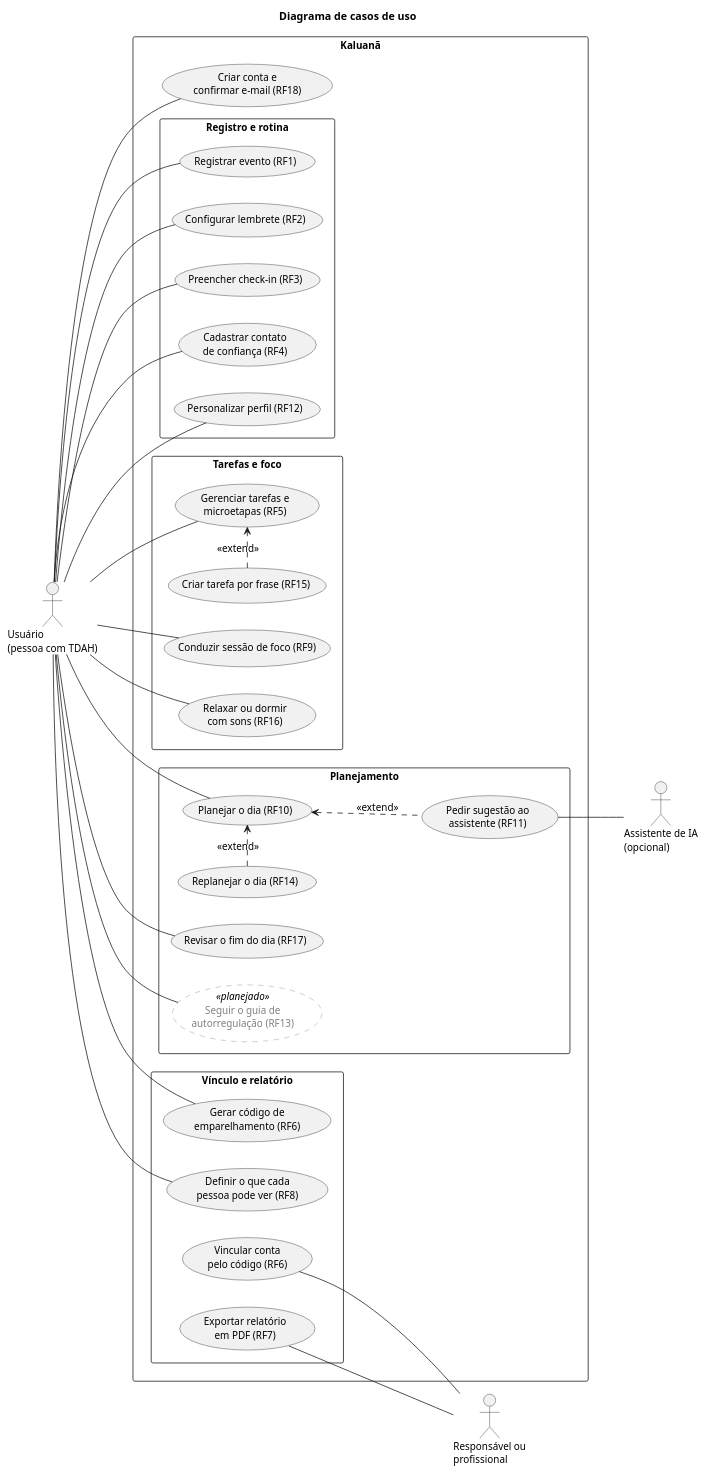
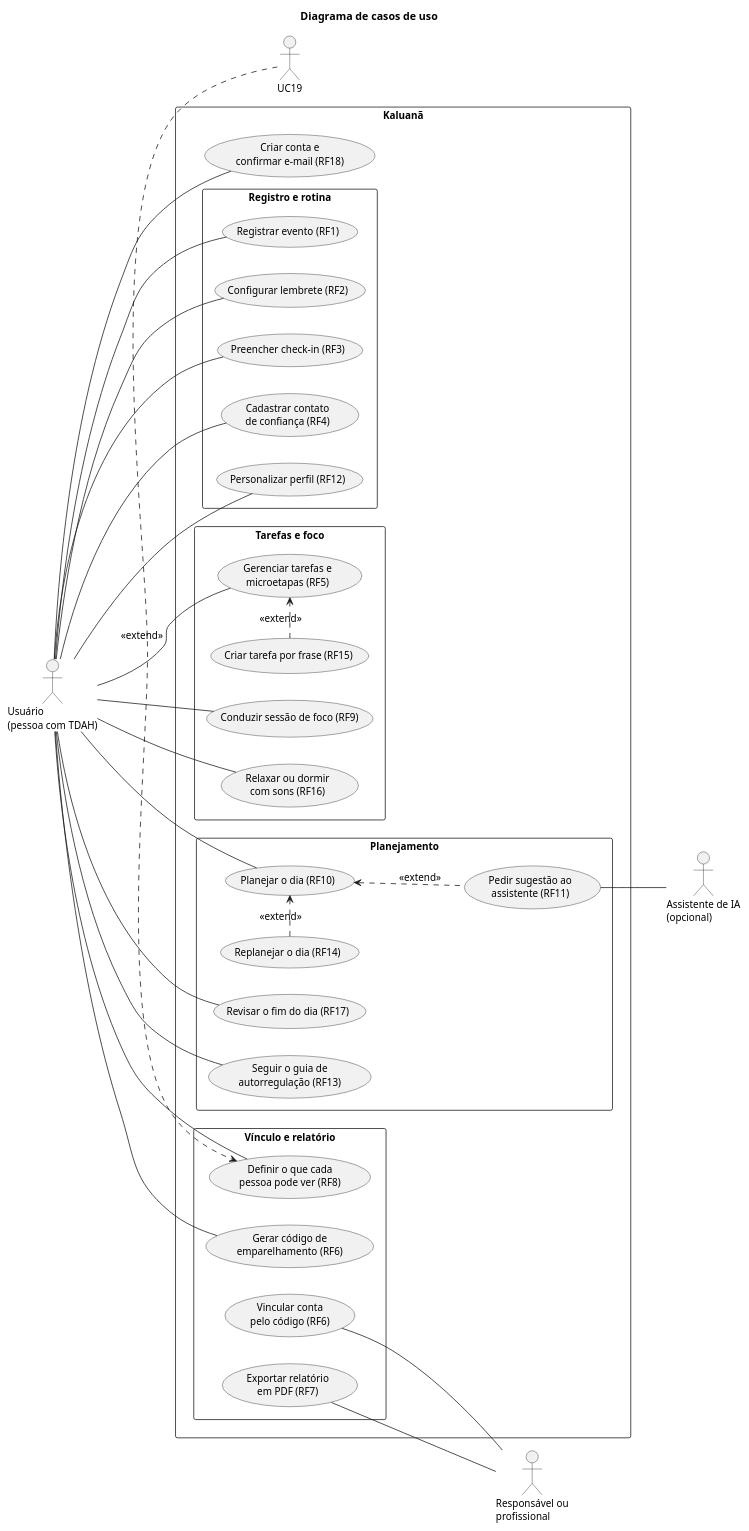
One commit to roobertoAlves/kaluana-backend changed the diagram in diagrams/use-case-diagram.puml. Above: the diagram before and after it, drawn with PlantUML. The commit also changed 1 other file, not shown here.

Commit message:
docs(diagramas): AccessLog e GuideSession no diagrama de classes; RF13 implementado e consulta de acessos no de casos de uso

```diff
--- a/diagrams/use-case-diagram.puml
+++ b/diagrams/use-case-diagram.puml
@@ -1,75 +1,70 @@
 @startuml use-case-diagram
 left to right direction
 skinparam shadowing false
 skinparam packageStyle rectangle
 skinparam defaultFontSize 13
-skinparam usecase {
-  BackgroundColor<<planejado>> White
-  BorderColor<<planejado>> Gray
-  FontColor<<planejado>> Gray
-  BorderStyle<<planejado>> dashed
-}
 title Diagrama de casos de uso
 
 actor "Usuário\n(pessoa com TDAH)" as Usuario
 actor "Responsável ou\nprofissional" as Responsavel
 actor "Assistente de IA\n(opcional)" as IA
 
 rectangle "Kaluanã" {
   usecase "Criar conta e\nconfirmar e-mail (RF18)" as UC18
 
   package "Registro e rotina" {
     usecase "Registrar evento (RF1)" as UC1
     usecase "Configurar lembrete (RF2)" as UC2
     usecase "Preencher check-in (RF3)" as UC3
     usecase "Cadastrar contato\nde confiança (RF4)" as UC4
     usecase "Personalizar perfil (RF12)" as UC12
   }
 
   package "Tarefas e foco" {
     usecase "Gerenciar tarefas e\nmicroetapas (RF5)" as UC5
     usecase "Criar tarefa por frase (RF15)" as UC15
     usecase "Conduzir sessão de foco (RF9)" as UC9
     usecase "Relaxar ou dormir\ncom sons (RF16)" as UC16
   }
 
   package "Planejamento" {
     usecase "Planejar o dia (RF10)" as UC10
     usecase "Pedir sugestão ao\nassistente (RF11)" as UC11
     usecase "Replanejar o dia (RF14)" as UC14
     usecase "Revisar o fim do dia (RF17)" as UC17
-    usecase "Seguir o guia de\nautorregulação (RF13)" as UC13 <<planejado>>
+    usecase "Seguir o guia de\nautorregulação (RF13)" as UC13
   }
 
   package "Vínculo e relatório" {
     usecase "Gerar código de\nemparelhamento (RF6)" as UC6
     usecase "Definir o que cada\npessoa pode ver (RF8)" as UC8
     usecase "Vincular conta\npelo código (RF6)" as UC6b
     usecase "Exportar relatório\nem PDF (RF7)" as UC7
   }
 }
 
 Usuario -- UC18
 Usuario -- UC1
 Usuario -- UC2
 Usuario -- UC3
 Usuario -- UC4
 Usuario -- UC12
 Usuario -- UC5
 Usuario -- UC9
 Usuario -- UC16
 Usuario -- UC10
 Usuario -- UC17
 Usuario -- UC13
 Usuario -- UC6
 Usuario -- UC8
 
 UC6b -- Responsavel
 UC7 -- Responsavel
 UC11 -- IA
 
 UC15 .> UC5 : <<extend>>
 UC11 .up.> UC10 : <<extend>>
 UC14 .> UC10 : <<extend>>
+UC19 .> UC8 : <<extend>>
 
 @enduml
```
